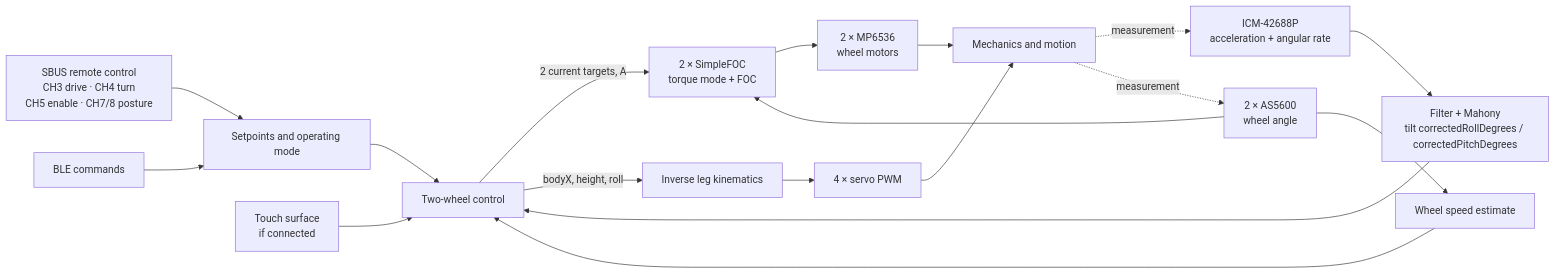
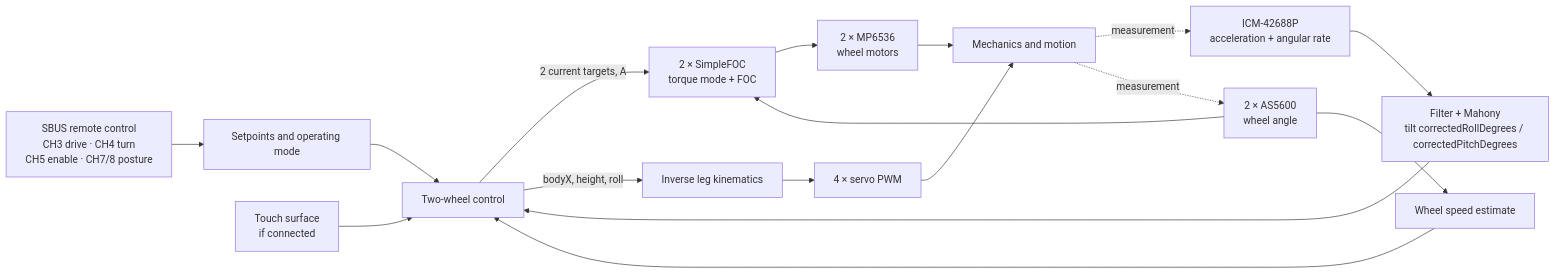
The diagram in docs/robot/software/control-flow.md (nikolasvoss/Navbot-ES02), drawn with Mermaid before and after one commit. The commit also changed other lines of this file and 4 other files, not shown here.

````diff
--- a/docs/robot/software/control-flow.md
+++ b/docs/robot/software/control-flow.md
@@ -13,20 +13,19 @@
 ```mermaid
 flowchart LR
     RC[SBUS remote control<br/>CH3 drive · CH4 turn<br/>CH5 enable · CH7/8 posture] --> CMD[Setpoints and operating mode]
-    BLE[BLE commands] --> CMD
     IMU[ICM-42688P<br/>acceleration + angular rate] --> MAH[Filter + Mahony<br/>tilt correctedRollDegrees / correctedPitchDegrees]
     ENC[2 × AS5600<br/>wheel angle] --> VEL[Wheel speed estimate]
     CMD --> CTRL[Two-wheel control]
     MAH --> CTRL
     VEL --> CTRL
     TOUCH[Touch surface<br/>if connected] --> CTRL
     CTRL -->|2 current targets, A| FOC[2 × SimpleFOC<br/>torque mode + FOC]
     ENC --> FOC
     FOC --> DRV[2 × MP6536<br/>wheel motors]
     CTRL -->|bodyX, height, roll| IK[Inverse leg kinematics]
     IK --> SERVO[4 × servo PWM]
     DRV --> ROBOT[Mechanics and motion]
     SERVO --> ROBOT
     ROBOT -. measurement .-> IMU
     ROBOT -. measurement .-> ENC
 ```
````
